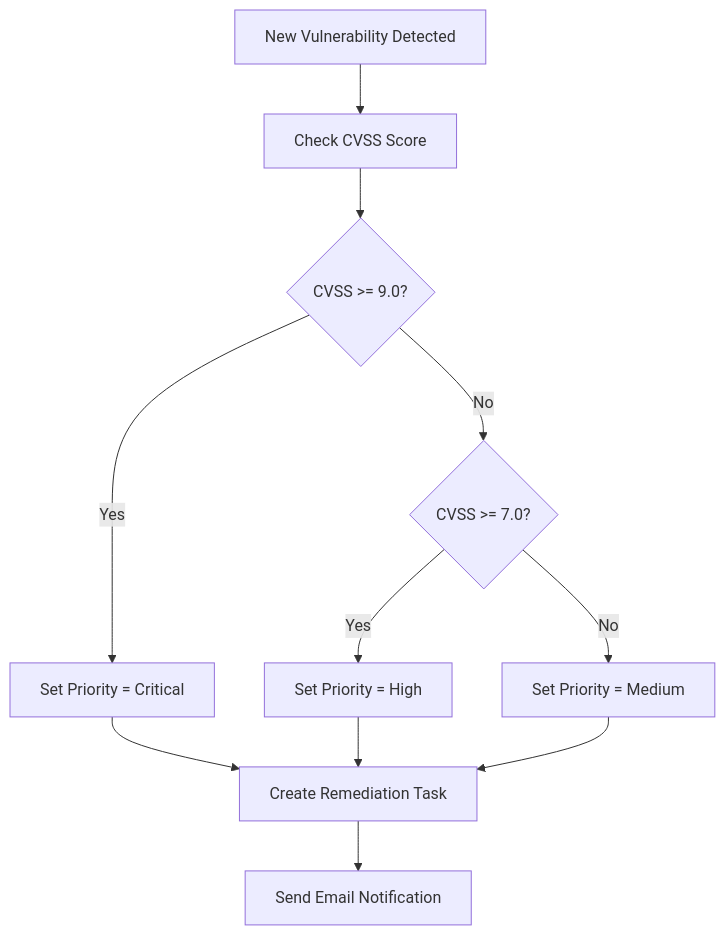
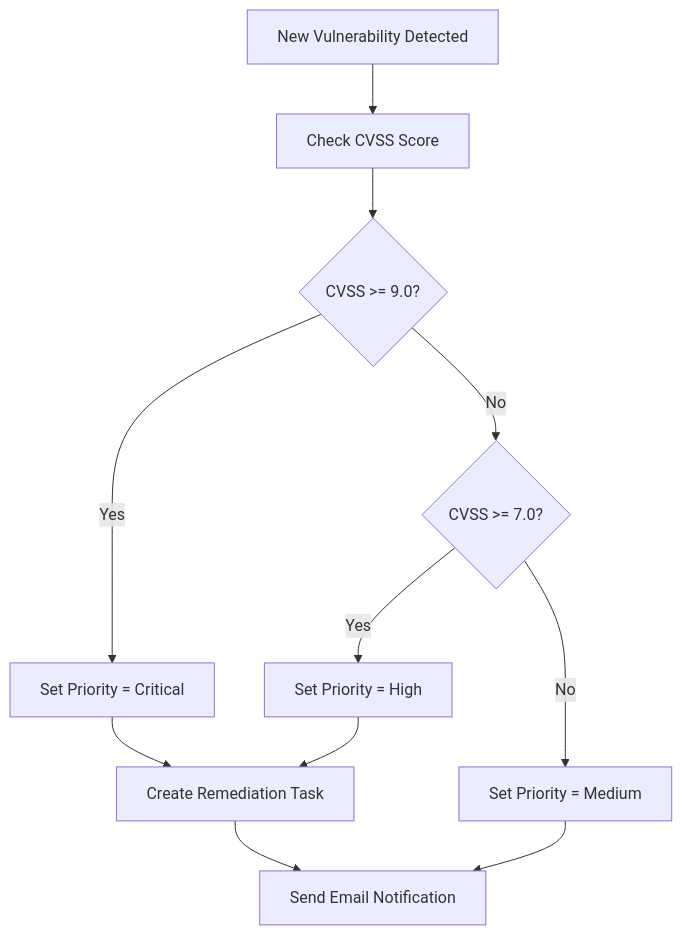
One commit to TulsieD/ServiceNow-Incident-Workflow-Project changed the diagram in Vulnerability Response/Vuln_Remediation_Workflow_README.md. Above: the diagram before and after it, drawn with Mermaid.

````diff
--- a/Vulnerability Response/Vuln_Remediation_Workflow_README.md
+++ b/Vulnerability Response/Vuln_Remediation_Workflow_README.md
@@ -43,13 +43,13 @@
 ```mermaid
 graph TD
     A[New Vulnerability Detected] --> B[Check CVSS Score]
     B --> C{CVSS >= 9.0?}
     C -- Yes --> D[Set Priority = Critical]
     C -- No --> E{CVSS >= 7.0?}
     E -- Yes --> F[Set Priority = High]
     E -- No --> G[Set Priority = Medium]
     D --> H[Create Remediation Task]
     F --> H
-    G --> H
+    G --> I
     H --> I[Send Email Notification]
 ```
````
